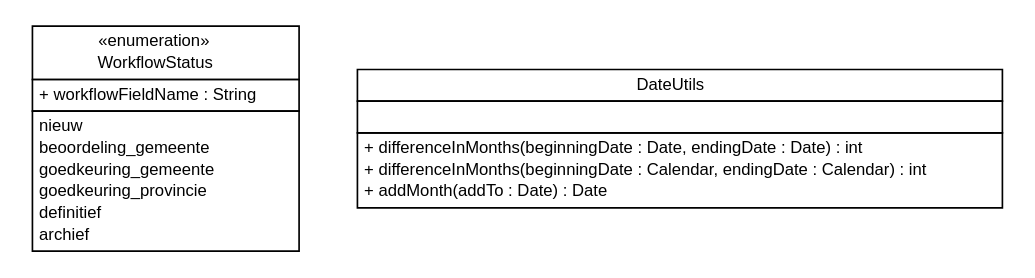
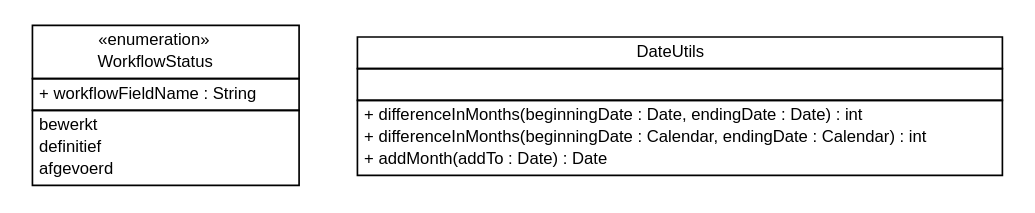
One commit to B3Partners/flamingo-ibis changed the diagram in ibis-viewer/apidocs/nl/b3p/viewer/ibis/util/nl.b3p.viewer.ibis.util.dot. Above: the diagram before and after it, drawn with Graphviz. The commit also changed 62 other files, not shown here.

```diff
--- a/ibis-viewer/apidocs/nl/b3p/viewer/ibis/util/nl.b3p.viewer.ibis.util.dot
+++ b/ibis-viewer/apidocs/nl/b3p/viewer/ibis/util/nl.b3p.viewer.ibis.util.dot
@@ -1,44 +1,41 @@
 #!/usr/local/bin/dot
 #
 # Class diagram 
 # Generated by UMLGraph version R5_6-24-gf6e263 (http://www.umlgraph.org/)
 #
 
 digraph G {
 	edge [fontname="Helvetica",fontsize=10,labelfontname="Helvetica",labelfontsize=10];
 	node [fontname="Helvetica",fontsize=10,shape=plaintext];
 	nodesep=0.25;
 	ranksep=0.5;
 	// nl.b3p.viewer.ibis.util.WorkflowStatus
 	c0 [label=<<table title="nl.b3p.viewer.ibis.util.WorkflowStatus" border="0" cellborder="1" cellspacing="0" cellpadding="2" port="p" href="./WorkflowStatus.html">
 		<tr><td><table border="0" cellspacing="0" cellpadding="1">
 <tr><td align="center" balign="center"> &#171;enumeration&#187; </td></tr>
 <tr><td align="center" balign="center"> WorkflowStatus </td></tr>
 		</table></td></tr>
 		<tr><td><table border="0" cellspacing="0" cellpadding="1">
 <tr><td align="left" balign="left"> + workflowFieldName : String </td></tr>
 		</table></td></tr>
 		<tr><td><table border="0" cellspacing="0" cellpadding="1">
-<tr><td align="left" balign="left"> nieuw </td></tr>
-<tr><td align="left" balign="left"> beoordeling_gemeente </td></tr>
-<tr><td align="left" balign="left"> goedkeuring_gemeente </td></tr>
-<tr><td align="left" balign="left"> goedkeuring_provincie </td></tr>
+<tr><td align="left" balign="left"> bewerkt </td></tr>
 <tr><td align="left" balign="left"> definitief </td></tr>
-<tr><td align="left" balign="left"> archief </td></tr>
+<tr><td align="left" balign="left"> afgevoerd </td></tr>
 		</table></td></tr>
 		</table>>, URL="./WorkflowStatus.html", fontname="Helvetica", fontcolor="black", fontsize=10.0];
 	// nl.b3p.viewer.ibis.util.DateUtils
 	c1 [label=<<table title="nl.b3p.viewer.ibis.util.DateUtils" border="0" cellborder="1" cellspacing="0" cellpadding="2" port="p" href="./DateUtils.html">
 		<tr><td><table border="0" cellspacing="0" cellpadding="1">
 <tr><td align="center" balign="center"> DateUtils </td></tr>
 		</table></td></tr>
 		<tr><td><table border="0" cellspacing="0" cellpadding="1">
 <tr><td align="left" balign="left">  </td></tr>
 		</table></td></tr>
 		<tr><td><table border="0" cellspacing="0" cellpadding="1">
 <tr><td align="left" balign="left"> + differenceInMonths(beginningDate : Date, endingDate : Date) : int </td></tr>
 <tr><td align="left" balign="left"> + differenceInMonths(beginningDate : Calendar, endingDate : Calendar) : int </td></tr>
 <tr><td align="left" balign="left"> + addMonth(addTo : Date) : Date </td></tr>
 		</table></td></tr>
 		</table>>, URL="./DateUtils.html", fontname="Helvetica", fontcolor="black", fontsize=10.0];
 }
```
